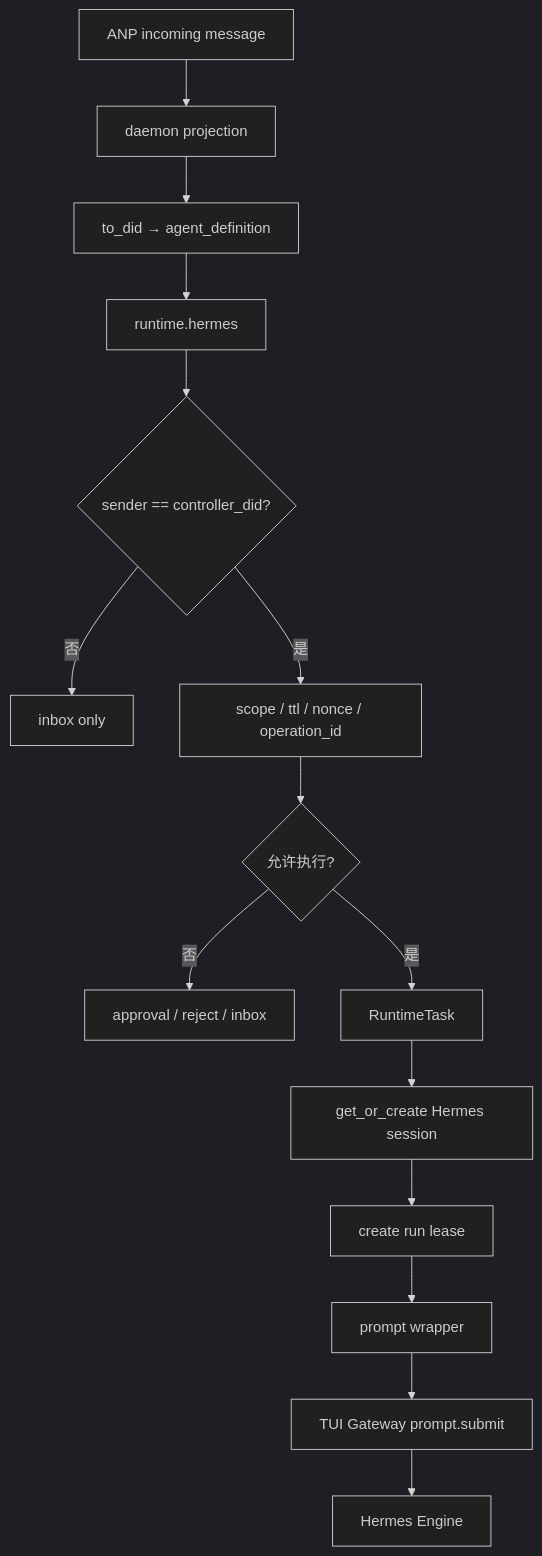
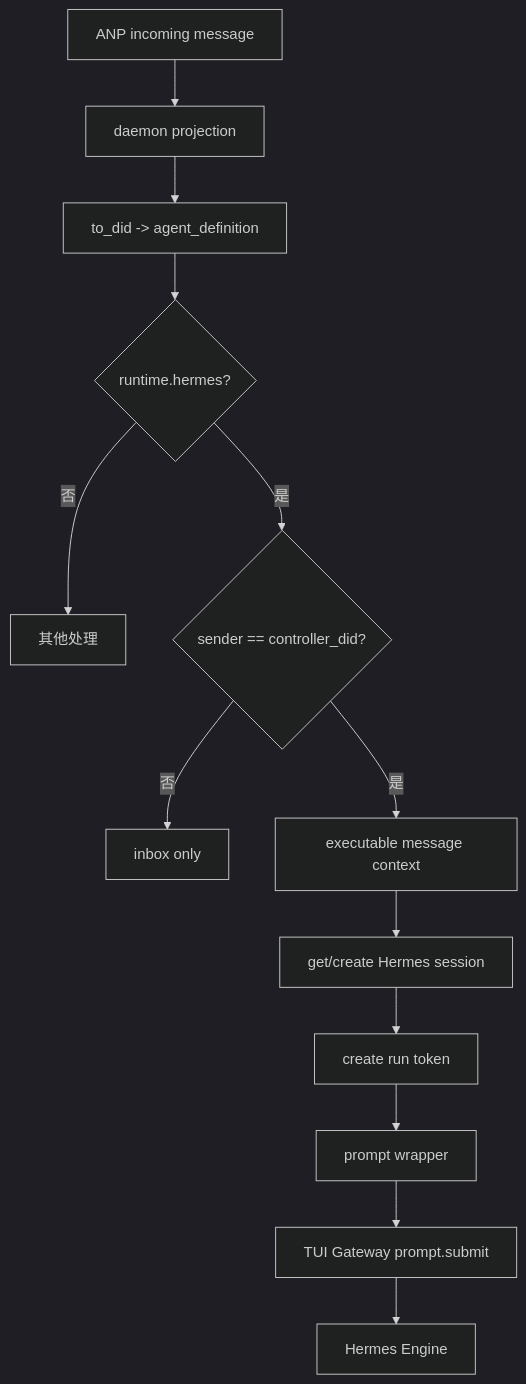
The fifth of 7 diagrams in crates/awiki-deamon/docs/hermes-plugin/hermes_runtime_plugin_design.md (AgentConnect/awiki-cli-rs2), drawn with Mermaid (dark theme) before and after one commit. The commit also changed other lines of this file, not shown here.

Commit message:
docs: align Hermes runtime plugin design

````diff
--- a/crates/awiki-deamon/docs/hermes-plugin/hermes_runtime_plugin_design.md
+++ b/crates/awiki-deamon/docs/hermes-plugin/hermes_runtime_plugin_design.md
@@ -1501,17 +1118,15 @@
 ```mermaid
 flowchart TD
     A["ANP incoming message"] --> B["daemon projection"]
-    B --> C["to_did → agent_definition"]
-    C --> D["runtime.hermes"]
-    D --> E{"sender == controller_did?"}
-    E -->|否| F["inbox only"]
-    E -->|是| G["scope / ttl / nonce / operation_id"]
-    G --> H{"允许执行?"}
-    H -->|否| I["approval / reject / inbox"]
-    H -->|是| J["RuntimeTask"]
-    J --> K["get_or_create Hermes session"]
-    K --> L["create run lease"]
-    L --> M["prompt wrapper"]
-    M --> N["TUI Gateway prompt.submit"]
-    N --> O["Hermes Engine"]
+    B --> C["to_did -> agent_definition"]
+    C --> D{"runtime.hermes?"}
+    D -->|否| E["其他处理"]
+    D -->|是| F{"sender == controller_did?"}
+    F -->|否| G["inbox only"]
+    F -->|是| H["executable message context"]
+    H --> I["get/create Hermes session"]
+    I --> J["create run token"]
+    J --> K["prompt wrapper"]
+    K --> L["TUI Gateway prompt.submit"]
+    L --> M["Hermes Engine"]
 ```
````
